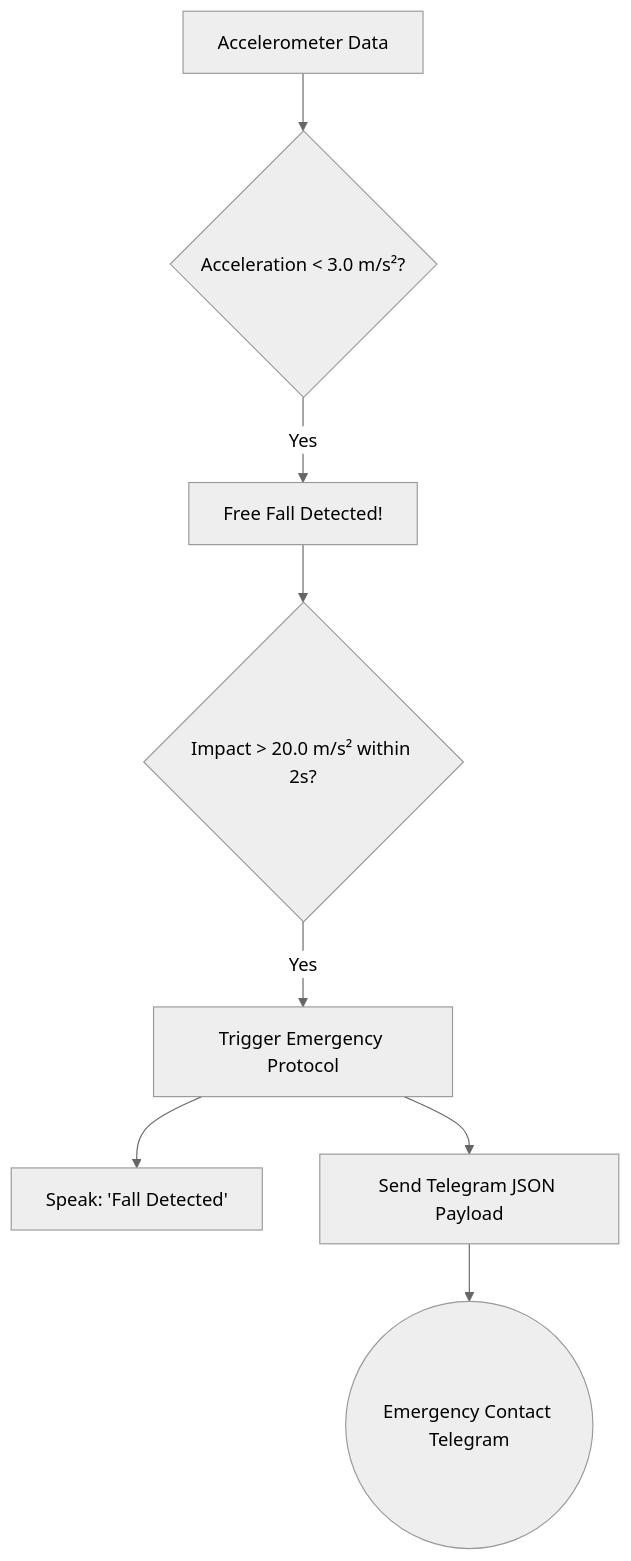
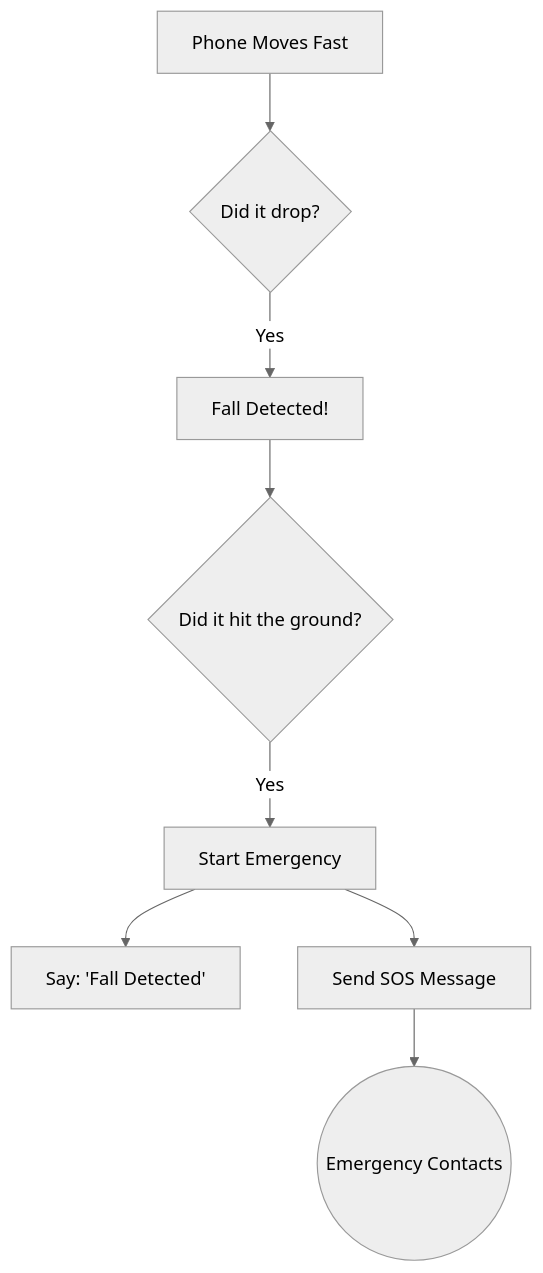
The fourth of 4 diagrams in README.md (Kartikey-varshney206/Blind-stick-android-app), drawn with Mermaid (neutral theme) before and after one commit. The commit also changed other lines of this file, not shown here.

````diff
--- a/README.md
+++ b/README.md
@@ -84,10 +83,10 @@
 ```mermaid
 graph TD
-    A[Accelerometer Data] --> B{Acceleration < 3.0 m/s²?}
-    B -- Yes --> C[Free Fall Detected!]
-    C --> D{Impact > 20.0 m/s² within 2s?}
-    D -- Yes --> E[Trigger Emergency Protocol]
-    E --> F[Speak: 'Fall Detected']
-    E --> G[Send Telegram JSON Payload]
-    G --> H((Emergency Contact Telegram))
+    A[Phone Moves Fast] --> B{Did it drop?}
+    B -- Yes --> C[Fall Detected!]
+    C --> D{Did it hit the ground?}
+    D -- Yes --> E[Start Emergency]
+    E --> F[Say: 'Fall Detected']
+    E --> G[Send SOS Message]
+    G --> H((Emergency Contacts))
 ```
````
